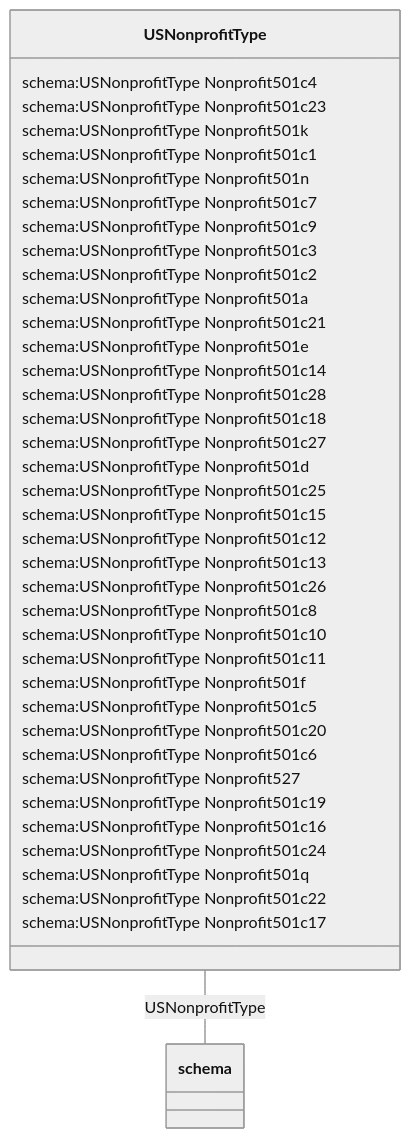
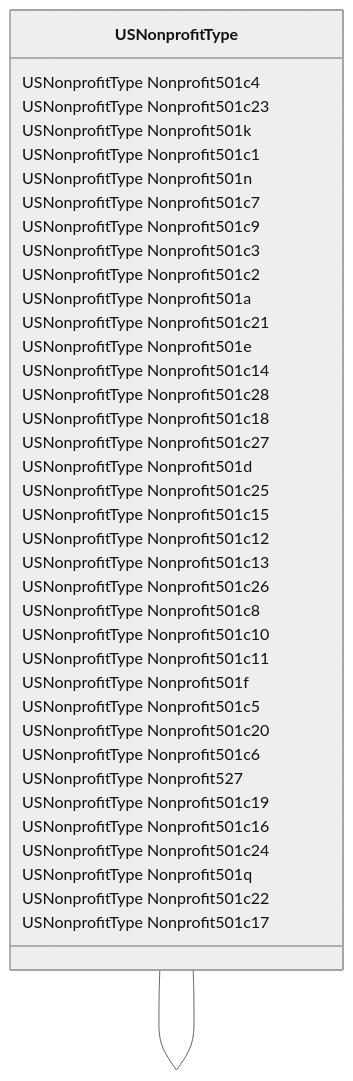
Before and after one commit to codexstanford/Insurance-Payout-Ontology: the diagram in datamodel-build/mermaid/USNonprofitType.mmd, drawn with Mermaid (neutral theme). The commit also changed 3245 other files, not shown here.

Commit message:
Clean build with full schema

```diff
--- a/datamodel-build/mermaid/USNonprofitType.mmd
+++ b/datamodel-build/mermaid/USNonprofitType.mmd
@@ -1,44 +1,44 @@
 classDiagram
-  USNonprofitType -- schema:USNonprofitType
+  USNonprofitType -- USNonprofitType
 
 
 class USNonprofitType {
 
-  schema:USNonprofitType Nonprofit501c4
-  schema:USNonprofitType Nonprofit501c23
-  schema:USNonprofitType Nonprofit501k
-  schema:USNonprofitType Nonprofit501c1
-  schema:USNonprofitType Nonprofit501n
-  schema:USNonprofitType Nonprofit501c7
-  schema:USNonprofitType Nonprofit501c9
-  schema:USNonprofitType Nonprofit501c3
-  schema:USNonprofitType Nonprofit501c2
-  schema:USNonprofitType Nonprofit501a
-  schema:USNonprofitType Nonprofit501c21
-  schema:USNonprofitType Nonprofit501e
-  schema:USNonprofitType Nonprofit501c14
-  schema:USNonprofitType Nonprofit501c28
-  schema:USNonprofitType Nonprofit501c18
-  schema:USNonprofitType Nonprofit501c27
-  schema:USNonprofitType Nonprofit501d
-  schema:USNonprofitType Nonprofit501c25
-  schema:USNonprofitType Nonprofit501c15
-  schema:USNonprofitType Nonprofit501c12
-  schema:USNonprofitType Nonprofit501c13
-  schema:USNonprofitType Nonprofit501c26
-  schema:USNonprofitType Nonprofit501c8
-  schema:USNonprofitType Nonprofit501c10
-  schema:USNonprofitType Nonprofit501c11
-  schema:USNonprofitType Nonprofit501f
-  schema:USNonprofitType Nonprofit501c5
-  schema:USNonprofitType Nonprofit501c20
-  schema:USNonprofitType Nonprofit501c6
-  schema:USNonprofitType Nonprofit527
-  schema:USNonprofitType Nonprofit501c19
-  schema:USNonprofitType Nonprofit501c16
-  schema:USNonprofitType Nonprofit501c24
-  schema:USNonprofitType Nonprofit501q
-  schema:USNonprofitType Nonprofit501c22
-  schema:USNonprofitType Nonprofit501c17
+  USNonprofitType Nonprofit501c4
+  USNonprofitType Nonprofit501c23
+  USNonprofitType Nonprofit501k
+  USNonprofitType Nonprofit501c1
+  USNonprofitType Nonprofit501n
+  USNonprofitType Nonprofit501c7
+  USNonprofitType Nonprofit501c9
+  USNonprofitType Nonprofit501c3
+  USNonprofitType Nonprofit501c2
+  USNonprofitType Nonprofit501a
+  USNonprofitType Nonprofit501c21
+  USNonprofitType Nonprofit501e
+  USNonprofitType Nonprofit501c14
+  USNonprofitType Nonprofit501c28
+  USNonprofitType Nonprofit501c18
+  USNonprofitType Nonprofit501c27
+  USNonprofitType Nonprofit501d
+  USNonprofitType Nonprofit501c25
+  USNonprofitType Nonprofit501c15
+  USNonprofitType Nonprofit501c12
+  USNonprofitType Nonprofit501c13
+  USNonprofitType Nonprofit501c26
+  USNonprofitType Nonprofit501c8
+  USNonprofitType Nonprofit501c10
+  USNonprofitType Nonprofit501c11
+  USNonprofitType Nonprofit501f
+  USNonprofitType Nonprofit501c5
+  USNonprofitType Nonprofit501c20
+  USNonprofitType Nonprofit501c6
+  USNonprofitType Nonprofit527
+  USNonprofitType Nonprofit501c19
+  USNonprofitType Nonprofit501c16
+  USNonprofitType Nonprofit501c24
+  USNonprofitType Nonprofit501q
+  USNonprofitType Nonprofit501c22
+  USNonprofitType Nonprofit501c17
 
  }
```
